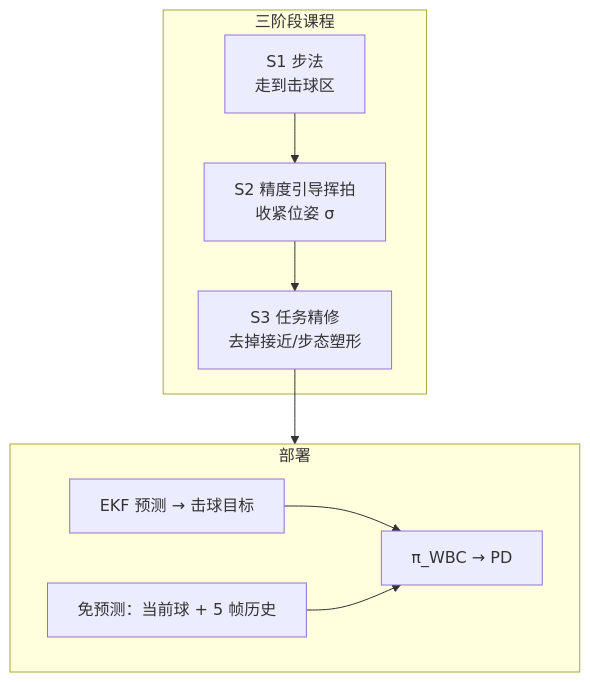
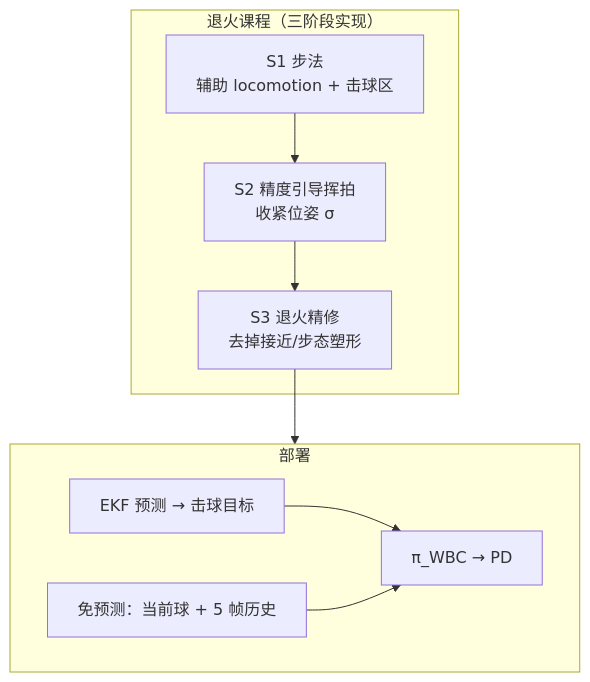
The diagram in wiki/entities/paper-notebook-humanoid-whole-body-badminton-via-multi-stage-re.md (ImChong/Robotics_Notebooks), drawn with Mermaid before and after one commit. The commit also changed other lines of this file and 18 other files, not shown here.

````diff
--- a/wiki/entities/paper-notebook-humanoid-whole-body-badminton-via-multi-stage-re.md
+++ b/wiki/entities/paper-notebook-humanoid-whole-body-badminton-via-multi-stage-re.md
@@ -68,17 +71,17 @@
 ```mermaid
 flowchart TB
-  subgraph train [三阶段课程]
-    s1["S1 步法<br/>走到击球区"]
+  subgraph train [退火课程（三阶段实现）]
+    s1["S1 步法<br/>辅助 locomotion + 击球区"]
     s2["S2 精度引导挥拍<br/>收紧位姿 σ"]
-    s3["S3 任务精修<br/>去掉接近/步态塑形"]
+    s3["S3 退火精修<br/>去掉接近/步态塑形"]
     s1 --> s2 --> s3
   end
   subgraph deploy [部署]
     ekf["EKF 预测 → 击球目标"]
     pf["免预测：当前球 + 5 帧历史"]
     pi["π_WBC → PD"]
     ekf --> pi
     pf --> pi
   end
   s3 --> deploy
 ```
````
